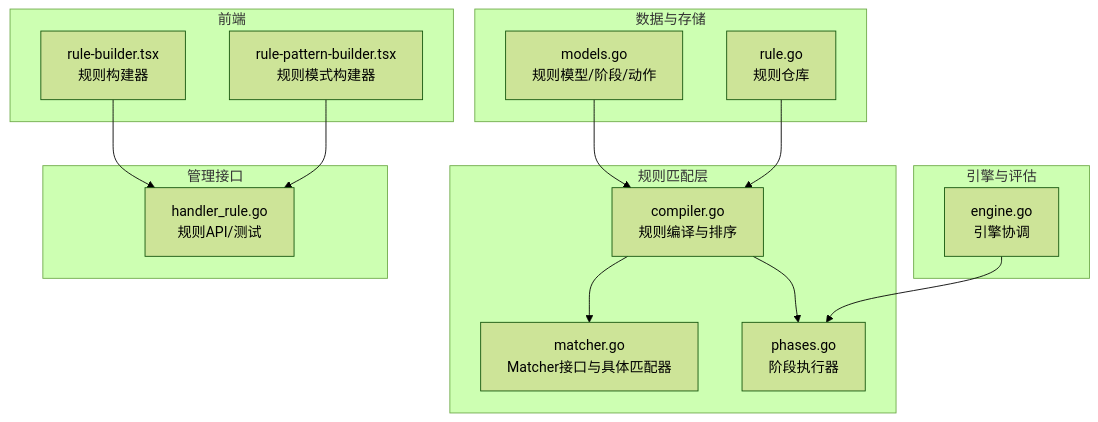
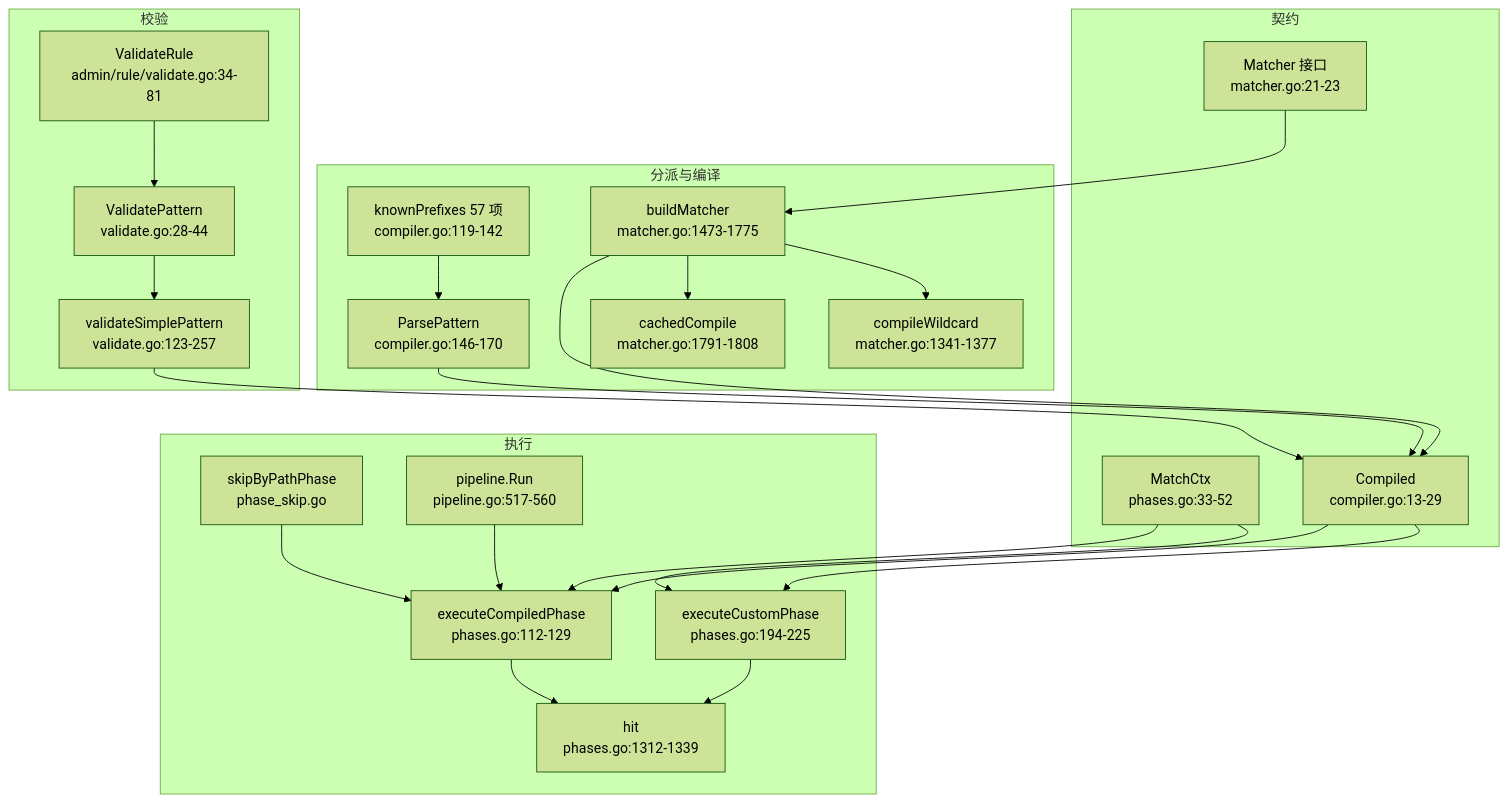
The first of 4 diagrams in docs/WAF 引擎系统/规则匹配器/规则匹配器.md (x01n/My-OpenWaf), drawn with Mermaid (forest theme) before and after one commit. The commit also changed other lines of this file and 622 other files, not shown here.

````diff
--- a/docs/WAF 引擎系统/规则匹配器/规则匹配器.md
+++ b/docs/WAF 引擎系统/规则匹配器/规则匹配器.md
@@ -46,29 +54,44 @@
 ```mermaid
 graph TB
-subgraph "规则匹配层"
-M["matcher.go<br/>Matcher接口与具体匹配器"]
-C["compiler.go<br/>规则编译与排序"]
-P["phases.go<br/>阶段执行器"]
+subgraph "契约"
+MI["Matcher 接口<br/>matcher.go:21-23"]
+MC["MatchCtx<br/>phases.go:33-52"]
+CD["Compiled<br/>compiler.go:13-29"]
 end
-subgraph "引擎与评估"
-E["engine.go<br/>引擎协调"]
+subgraph "分派与编译"
+KP["knownPrefixes 57 项<br/>compiler.go:119-142"]
+PP["ParsePattern<br/>compiler.go:146-170"]
+BM["buildMatcher<br/>matcher.go:1473-1775"]
+CC["cachedCompile<br/>matcher.go:1791-1808"]
+CW["compileWildcard<br/>matcher.go:1341-1377"]
 end
-subgraph "数据与存储"
-S1["models.go<br/>规则模型/阶段/动作"]
-S2["rule.go<br/>规则仓库"]
+subgraph "校验"
+VP["ValidatePattern<br/>validate.go:28-44"]
+VS["validateSimplePattern<br/>validate.go:123-257"]
+AD["ValidateRule<br/>admin/rule/validate.go:34-81"]
 end
-subgraph "前端"
-F1["rule-builder.tsx<br/>规则构建器"]
-F2["rule-pattern-builder.tsx<br/>规则模式构建器"]
+subgraph "执行"
+EX["executeCompiledPhase<br/>phases.go:112-129"]
+XC["executeCustomPhase<br/>phases.go:194-225"]
+HIT["hit<br/>phases.go:1312-1339"]
+SK["skipByPathPhase<br/>phase_skip.go"]
+RUN["pipeline.Run<br/>pipeline.go:517-560"]
 end
-subgraph "管理接口"
-H["handler_rule.go<br/>规则API/测试"]
-end
-S1 --> C
-S2 --> C
-C --> M
-C --> P
-E --> P
-F1 --> H
-F2 --> H
+KP --> PP
+PP --> CD
+VS --> CD
+BM --> CD
+BM --> CC
+BM --> CW
+MI --> BM
+MC --> EX
+MC --> XC
+CD --> EX
+CD --> XC
+EX --> HIT
+XC --> HIT
+AD --> VP
+VP --> VS
+SK --> EX
+RUN --> EX
 ```
````
